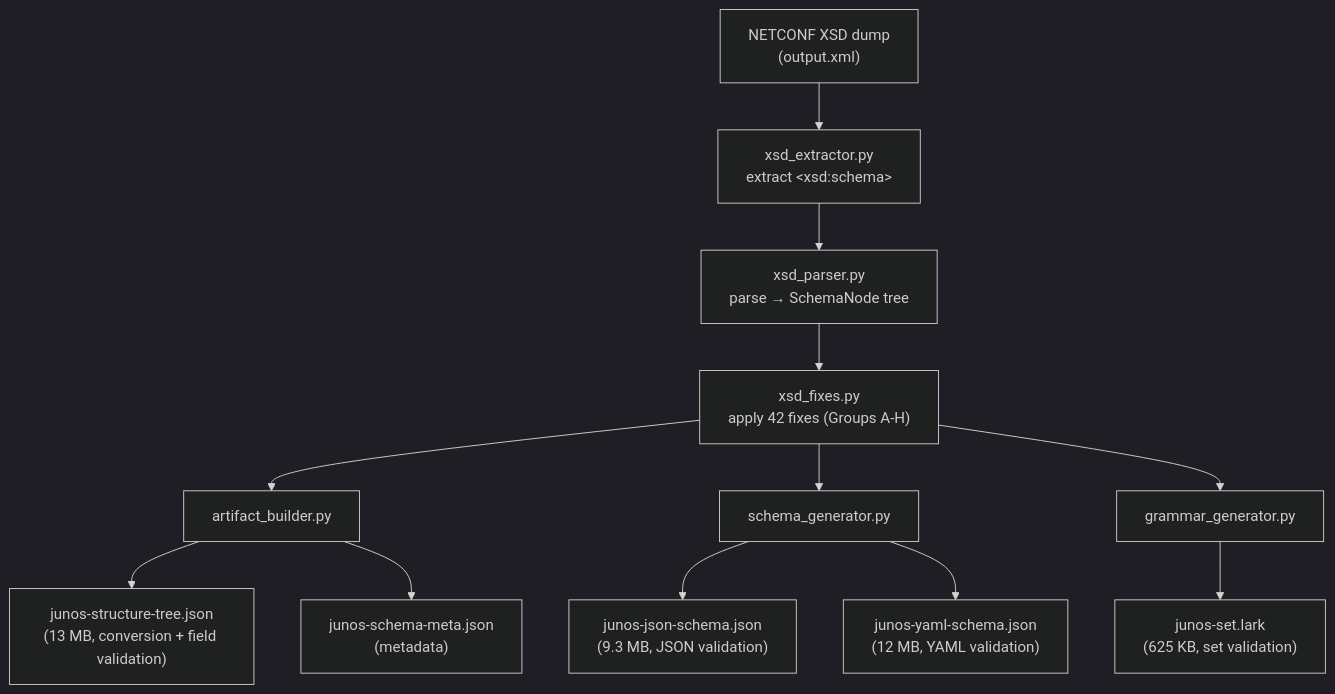
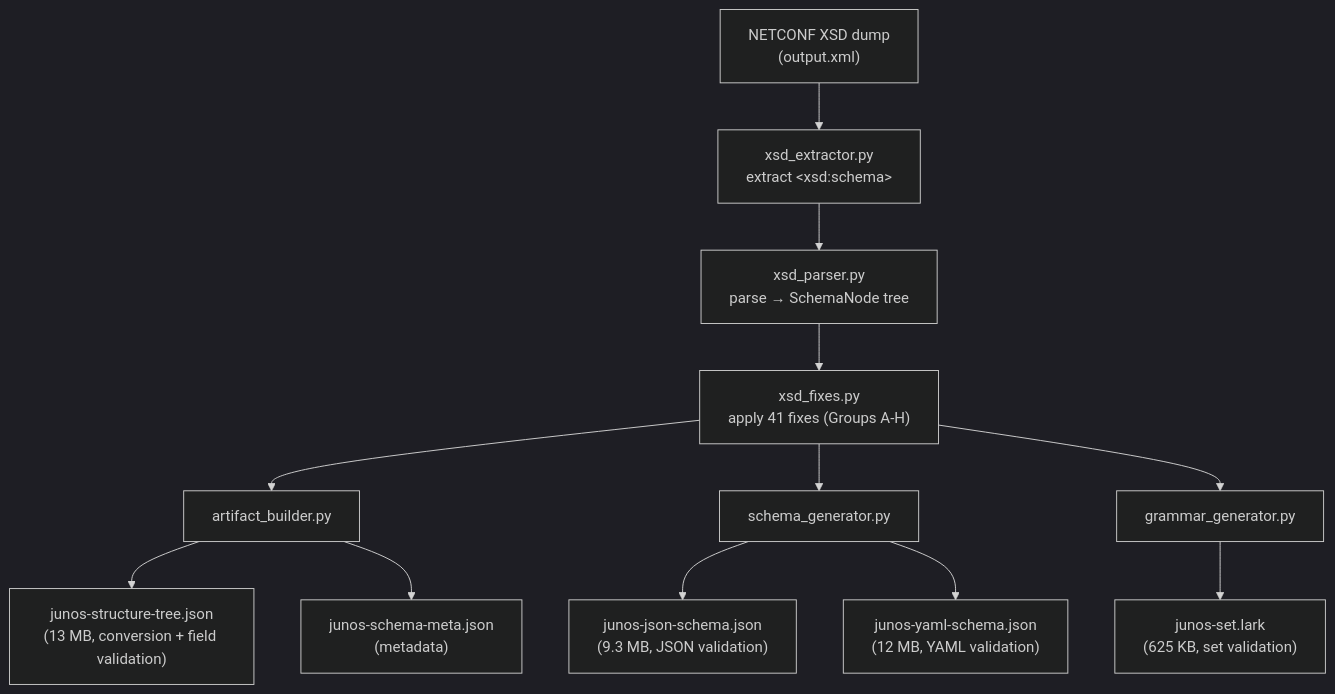
Before and after one commit to dg-i/junoscfg: the fifth of 8 diagrams in docs/architecture/developer-guide.md, drawn with Mermaid (dark theme). The commit also changed other lines of this file and 3 other files, not shown here.

First line of the commit message:
Document keyed entries and the schema evidence hierarchy

````diff
--- a/docs/architecture/developer-guide.md
+++ b/docs/architecture/developer-guide.md
@@ -389,15 +392,15 @@
 ```mermaid
 flowchart TD
     XSD["NETCONF XSD dump\n(output.xml)"] --> EXT["xsd_extractor.py\nextract &lt;xsd:schema&gt;"]
     EXT --> PARSE["xsd_parser.py\nparse → SchemaNode tree"]
-    PARSE --> FIX["xsd_fixes.py\napply 42 fixes (Groups A-H)"]
+    PARSE --> FIX["xsd_fixes.py\napply 41 fixes (Groups A-H)"]
     FIX --> BUILD["artifact_builder.py"]
     FIX --> SGEN["schema_generator.py"]
     FIX --> GGEN["grammar_generator.py"]
 
     BUILD --> TREE["junos-structure-tree.json\n(13 MB, conversion + field validation)"]
     SGEN --> JSCHEMA["junos-json-schema.json\n(9.3 MB, JSON validation)"]
     SGEN --> YSCHEMA["junos-yaml-schema.json\n(12 MB, YAML validation)"]
     GGEN --> LARK["junos-set.lark\n(625 KB, set validation)"]
     BUILD --> META["junos-schema-meta.json\n(metadata)"]
 ```
````
